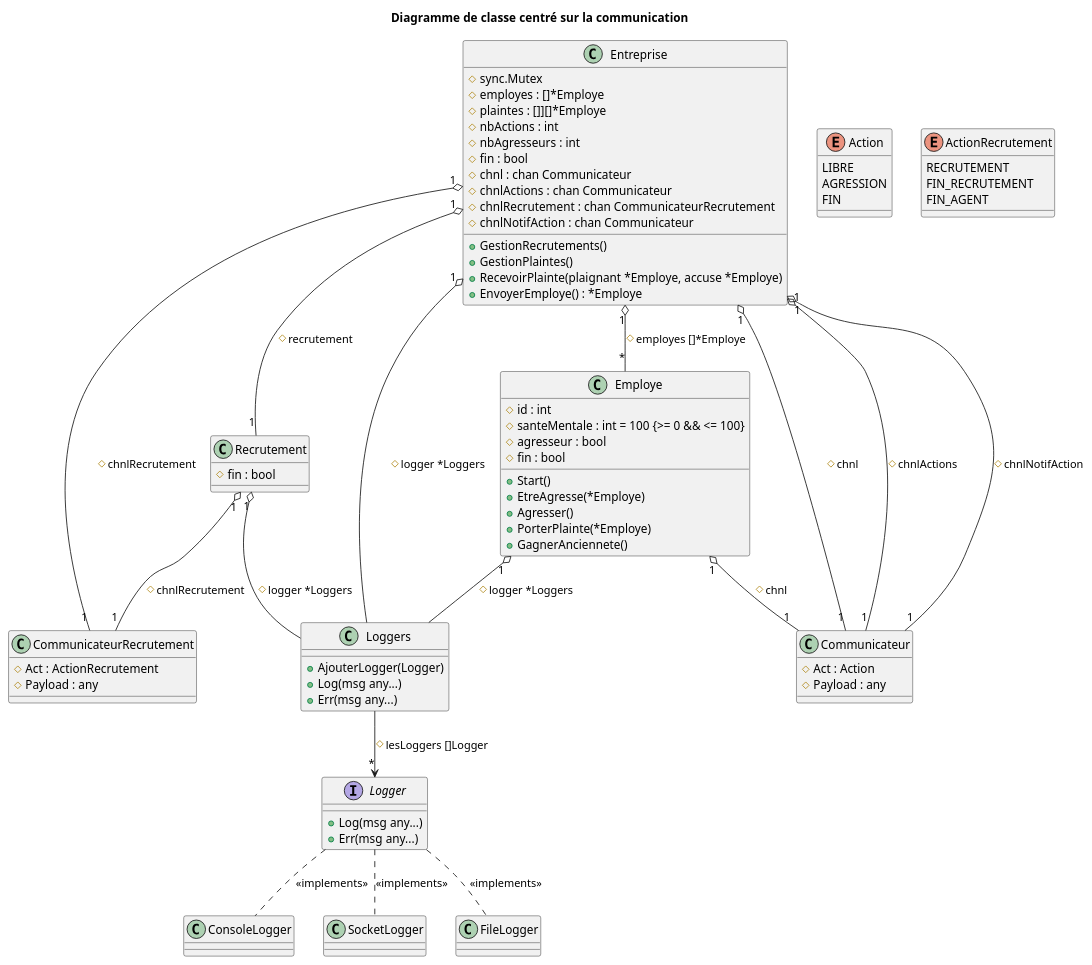
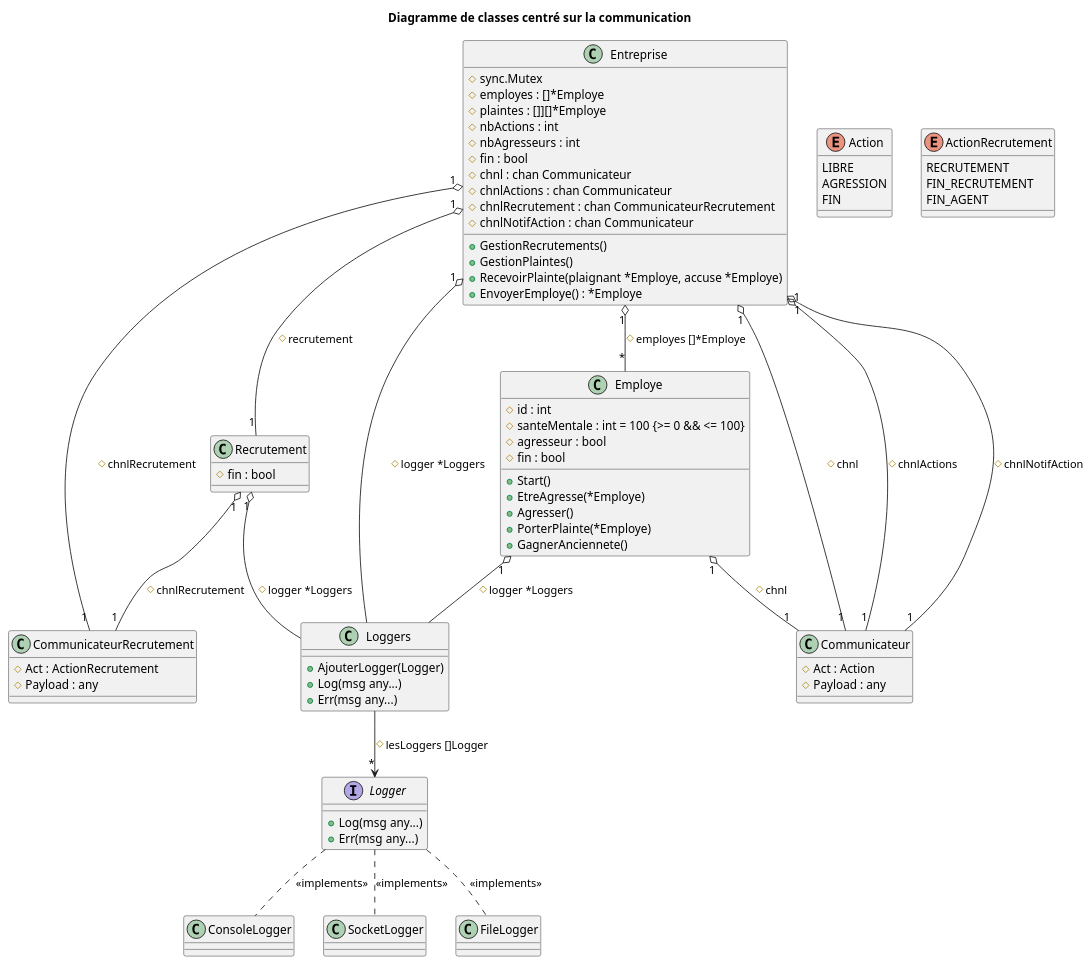
Before and after one commit to MiguelLaura/Recrutement_Inclusif_Paritaire: the diagram in diagrammes/class_Channels.iuml, drawn with PlantUML.

Commit message:
petite faute orthographe

```diff
--- a/diagrammes/class_Channels.iuml
+++ b/diagrammes/class_Channels.iuml
@@ -1,106 +1,106 @@
-@startuml Diagramme de classe centré sur la communication
+@startuml Diagramme de classes centré sur la communication
 
 '-----------------
 ' Parametrage
 
-title Diagramme de classe centré sur la communication
+title Diagramme de classes centré sur la communication
 
 '-----------------
 ' Classes
 
 class Entreprise {
     # sync.Mutex
 	# employes : []*Employe
 	# plaintes : []][]*Employe
 	# nbActions : int
 	# nbAgresseurs : int
 	# fin : bool
 	# chnl : chan Communicateur
 	# chnlActions : chan Communicateur
 	# chnlRecrutement : chan CommunicateurRecrutement
 	# chnlNotifAction : chan Communicateur
 
     + GestionRecrutements() 
     + GestionPlaintes()
     + RecevoirPlainte(plaignant *Employe, accuse *Employe)
     + EnvoyerEmploye() : *Employe
 }
 
 class Recrutement {
 	# fin : bool
 }
 
 class Employe {
 	# id : int
 	# santeMentale : int = 100 {>= 0 && <= 100}
 	# agresseur : bool
 	# fin : bool
 
     + Start()
     + EtreAgresse(*Employe)
     + Agresser()
     + PorterPlainte(*Employe)
     + GagnerAnciennete()
 }
 
 class Communicateur {
 	# Act : Action
     # Payload : any
 }
 
 class CommunicateurRecrutement {
 	# Act : ActionRecrutement
     # Payload : any
 }
 
 interface Logger {
     + Log(msg any...)
     + Err(msg any...)
 }
 
 class Loggers {
     + AjouterLogger(Logger)
     + Log(msg any...)
     + Err(msg any...)
 }
 
 
 '-----------------
 ' Enumerations
 
 enum Action {
 	LIBRE
 	AGRESSION
 	FIN
 }
 
 enum ActionRecrutement {
 	RECRUTEMENT
 	FIN_RECRUTEMENT
 	FIN_AGENT
 }
 
 '-----------------
 ' Relations
 
 Entreprise "1" o-- "*" Employe : # employes []*Employe
 Entreprise "1" o-- "1" Recrutement : # recrutement
 
 Entreprise "1" o-- Loggers : # logger *Loggers
 Employe "1" o-- Loggers : # logger *Loggers
 Recrutement "1" o-- Loggers : # logger *Loggers
 
 Entreprise "1" o-- "1" Communicateur : # chnl
 Entreprise "1" o-- "1" Communicateur : # chnlActions
 Entreprise "1" o-- "1" CommunicateurRecrutement : # chnlRecrutement
 Entreprise "1" o-- "1" Communicateur : # chnlNotifAction
 
 Recrutement "1" o-- "1" CommunicateurRecrutement : # chnlRecrutement
 Employe "1" o-- "1" Communicateur : # chnl
 
 Loggers --> "*" Logger : # lesLoggers []Logger
 
 Logger .. ConsoleLogger : <<implements>>
 Logger .. SocketLogger : <<implements>>
 Logger .. FileLogger : <<implements>>
 @enduml
```
